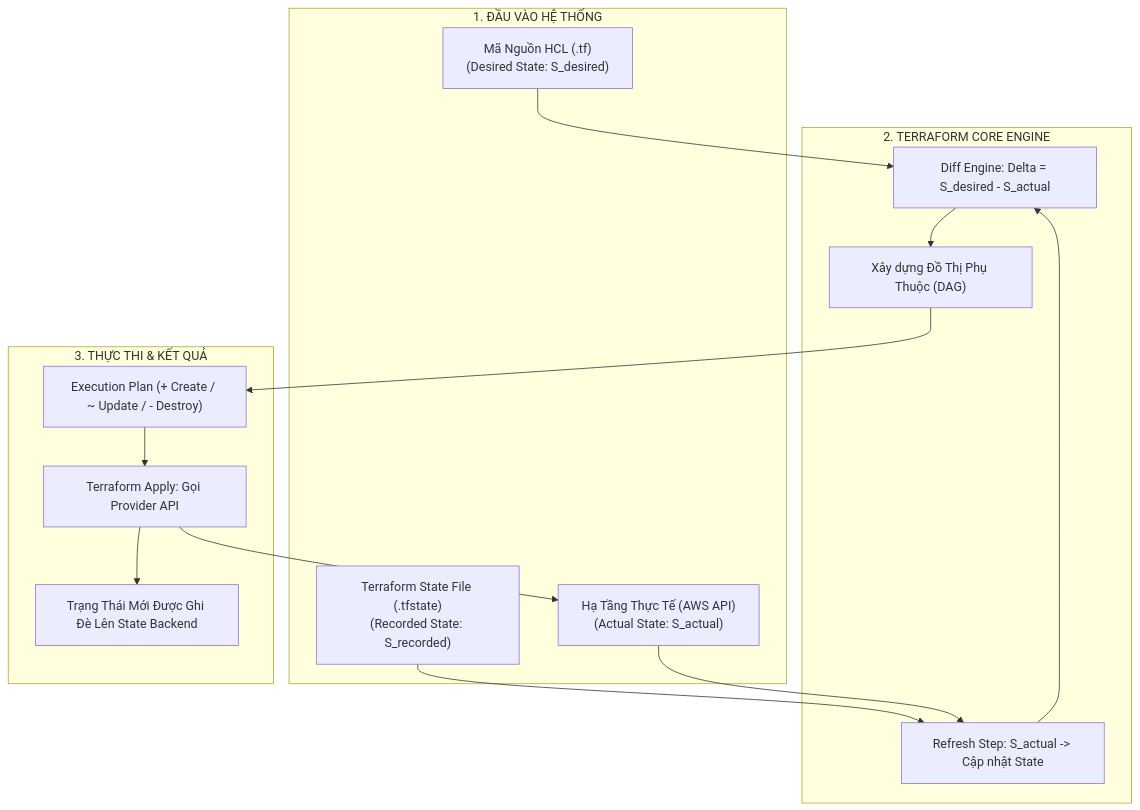
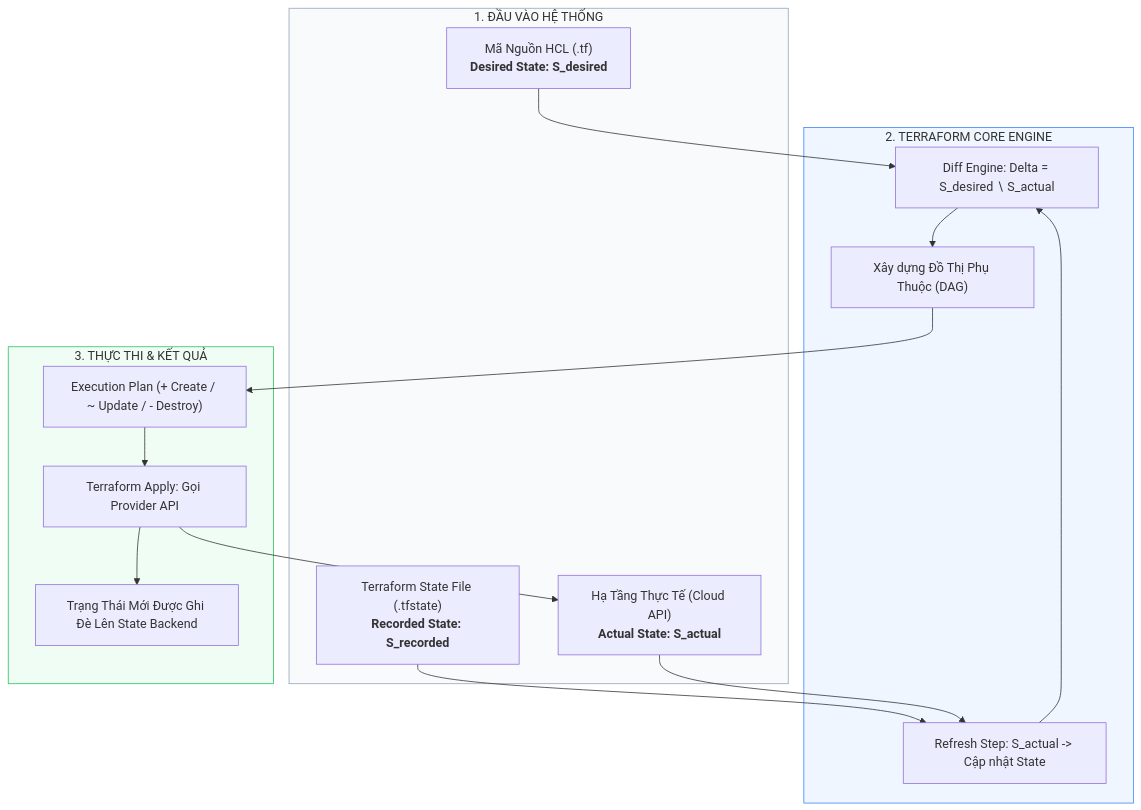
The second of 3 diagrams in _posts/2026-09-13-terraform-01-01-tu-duy-declarative-iac-so-sanh-thuc-chien-terraform-ansible-pulumi.md (kiennt308/ntk), drawn with Mermaid before and after one commit. The commit also changed other lines of this file, not shown here.

Commit message:
style(post): beautify article 01 layout with rich tldr, enhanced alerts, flowchart, and q&a styling

````diff
--- a/_posts/2026-09-13-terraform-01-01-tu-duy-declarative-iac-so-sanh-thuc-chien-terraform-ansible-pulumi.md
+++ b/_posts/2026-09-13-terraform-01-01-tu-duy-declarative-iac-so-sanh-thuc-chien-terraform-ansible-pulumi.md
@@ -51,32 +75,34 @@
 ```mermaid
 graph TD
     subgraph INPUTS["1. ĐẦU VÀO HỆ THỐNG"]
-        HCL["Mã Nguồn HCL (.tf)<br/>(Desired State: S_desired)"]
-        STATE["Terraform State File (.tfstate)<br/>(Recorded State: S_recorded)"]
-        CLOUD["Hạ Tầng Thực Tế (AWS API)<br/>(Actual State: S_actual)"]
+        HCL["Mã Nguồn HCL (.tf)<br/><b>Desired State: S_desired</b>"]
+        STATE["Terraform State File (.tfstate)<br/><b>Recorded State: S_recorded</b>"]
+        CLOUD["Hạ Tầng Thực Tế (Cloud API)<br/><b>Actual State: S_actual</b>"]
     end
 
     subgraph ENGINE["2. TERRAFORM CORE ENGINE"]
-        REFRESH["Refresh Step: S_actual -&gt; Cập nhật State"]
-        DIFF["Diff Engine: Delta = S_desired - S_actual"]
+        REFRESH["Refresh Step: S_actual -> Cập nhật State"]
+        DIFF["Diff Engine: Delta = S_desired ∖ S_actual"]
         DAG["Xây dựng Đồ Thị Phụ Thuộc (DAG)"]
     end
 
     subgraph OUTPUTS["3. THỰC THI & KẾT QUẢ"]
         PLAN["Execution Plan (+ Create / ~ Update / - Destroy)"]
         APPLY["Terraform Apply: Gọi Provider API"]
         NEW_STATE["Trạng Thái Mới Được Ghi Đè Lên State Backend"]
     end
 
     HCL --> DIFF
     STATE --> REFRESH
     CLOUD --> REFRESH
     REFRESH --> DIFF
     DIFF --> DAG
     DAG --> PLAN
     PLAN --> APPLY
     APPLY --> CLOUD
     APPLY --> NEW_STATE
 
-
+    style INPUTS fill:#f8fafc,stroke:#94a3b8,stroke-width:1px
+    style ENGINE fill:#eff6ff,stroke:#3b82f6,stroke-width:1px
+    style OUTPUTS fill:#f0fdf4,stroke:#22c55e,stroke-width:1px
 ```
````
